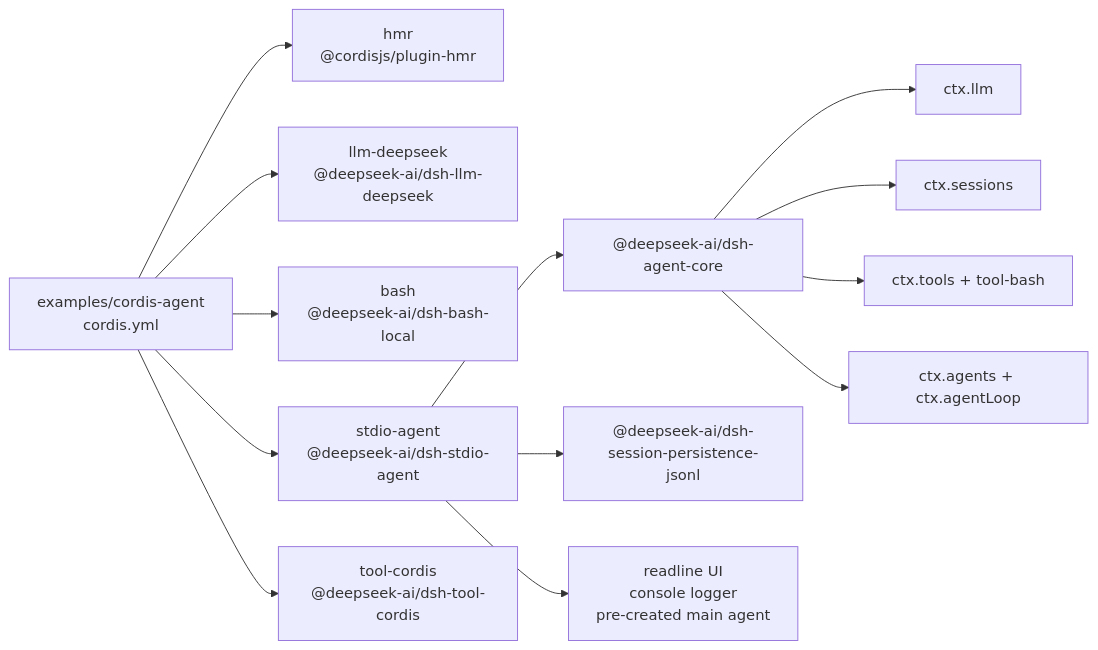
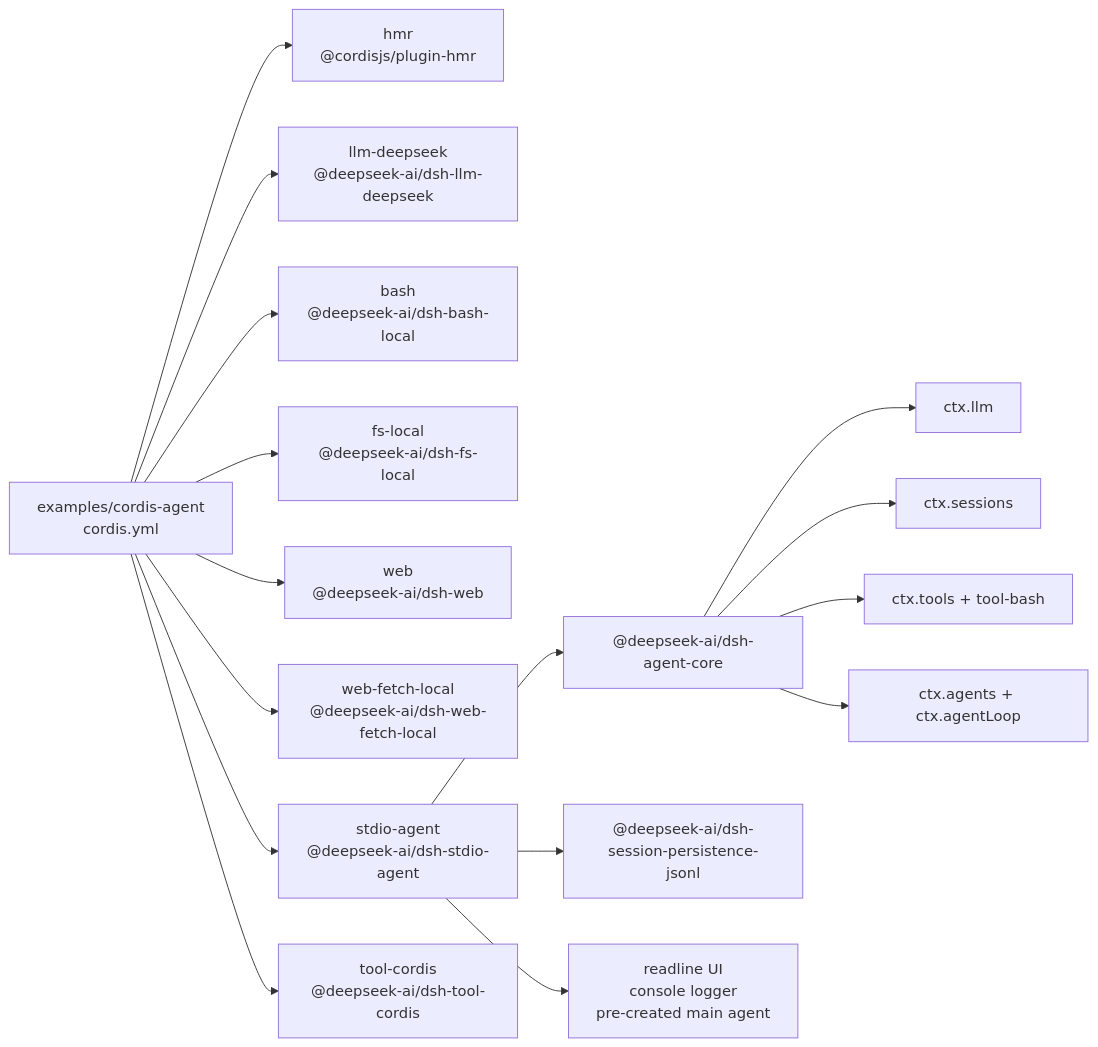
One commit to 007M7/DeepCode changed the diagram in examples/cordis-agent/composition.md. Above: the diagram before and after it, drawn with Mermaid. The commit also changed other lines of this file and 7 other files, not shown here.

First line of the commit message:
feat(tool-cordis): Node-API traps + fs/web capability routing

````diff
--- a/examples/cordis-agent/composition.md
+++ b/examples/cordis-agent/composition.md
@@ -8,21 +8,27 @@
 ```mermaid
 flowchart LR
   cfg["examples/cordis-agent<br/>cordis.yml"]
   plugin_cordis_hmr["hmr<br/>@cordisjs/plugin-hmr"]
   cfg --> plugin_cordis_hmr
   plugin_cordis_llm_deepseek["llm-deepseek<br/>@deepseek-ai/dsh-llm-deepseek"]
   cfg --> plugin_cordis_llm_deepseek
   plugin_cordis_bash["bash<br/>@deepseek-ai/dsh-bash-local"]
   cfg --> plugin_cordis_bash
+  plugin_cordis_fs_local["fs-local<br/>@deepseek-ai/dsh-fs-local"]
+  cfg --> plugin_cordis_fs_local
+  plugin_cordis_web["web<br/>@deepseek-ai/dsh-web"]
+  cfg --> plugin_cordis_web
+  plugin_cordis_web_fetch_local["web-fetch-local<br/>@deepseek-ai/dsh-web-fetch-local"]
+  cfg --> plugin_cordis_web_fetch_local
   plugin_cordis_stdio_agent["stdio-agent<br/>@deepseek-ai/dsh-stdio-agent"]
   cfg --> plugin_cordis_stdio_agent
   plugin_cordis_stdio_agent --> bundle_agent_core["@deepseek-ai/dsh-agent-core"]
   plugin_cordis_stdio_agent --> bundle_jsonl["@deepseek-ai/dsh-session-persistence-jsonl"]
   plugin_cordis_stdio_agent --> frontdoor_stdio["readline UI<br/>console logger<br/>pre-created main agent"]
   bundle_agent_core --> spine_llm["ctx.llm"]
   bundle_agent_core --> spine_sessions["ctx.sessions"]
   bundle_agent_core --> spine_tools["ctx.tools + tool-bash"]
   bundle_agent_core --> spine_loop["ctx.agents + ctx.agentLoop"]
   plugin_cordis_tool_cordis["tool-cordis<br/>@deepseek-ai/dsh-tool-cordis"]
   cfg --> plugin_cordis_tool_cordis
 ```
````
